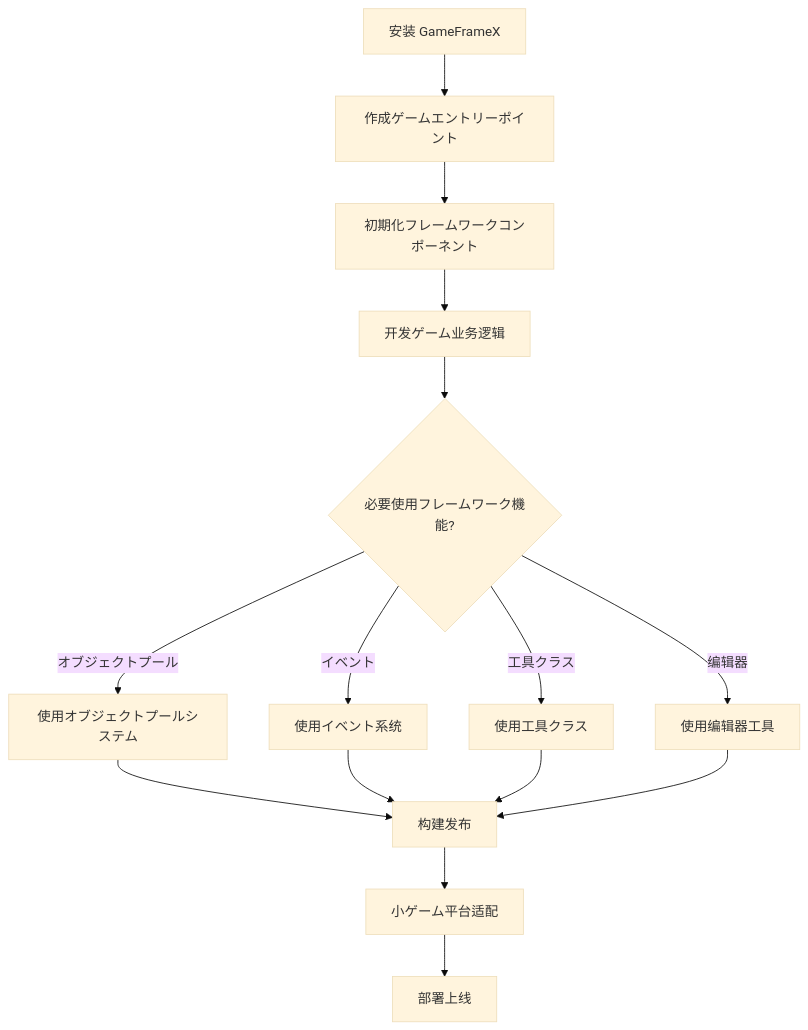
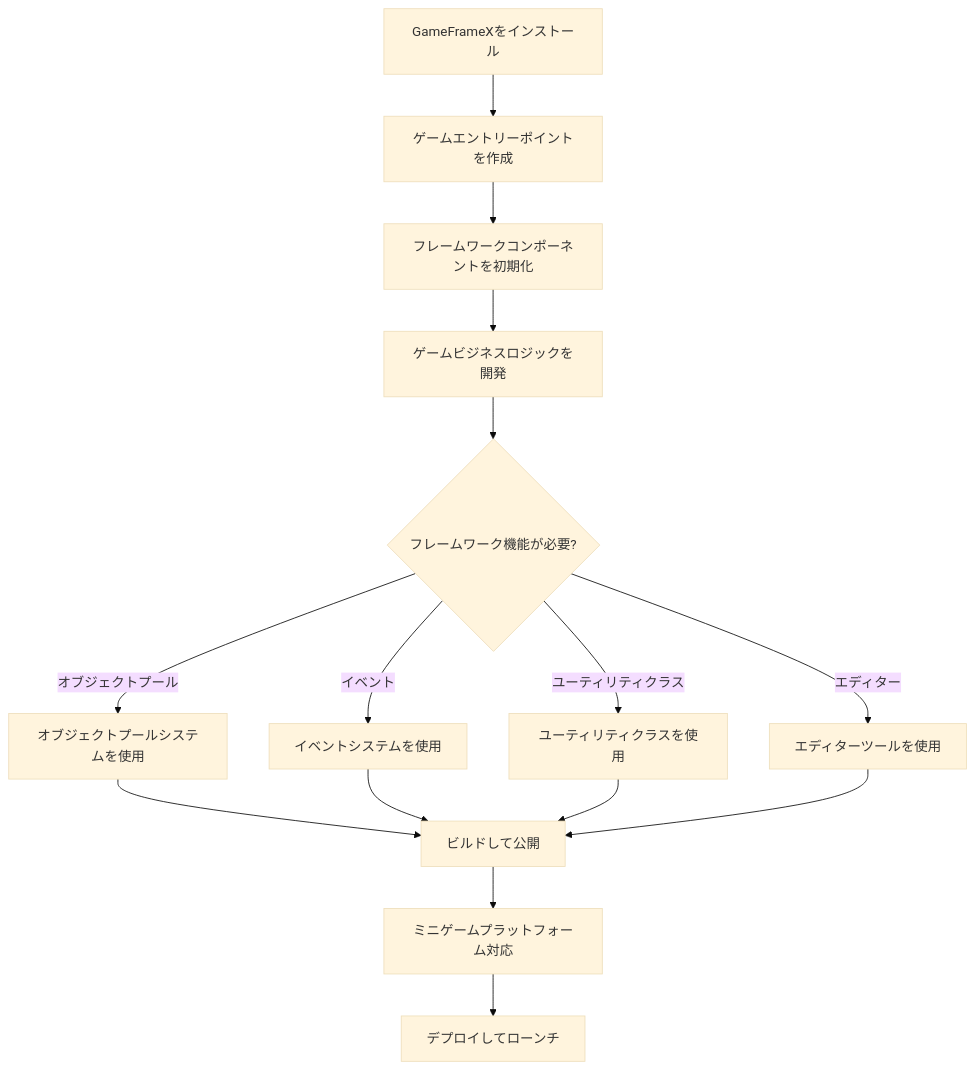
One commit to AlianBlank/GameFrameX.Docs changed the second of 3 diagrams in docs/ja/client/unity/component/core/03.getting-started.md. Above: the diagram before and after it, drawn with Mermaid (base theme). The commit also changed other lines of this file and 320 other files, not shown here.

````diff
--- a/docs/ja/client/unity/component/core/03.getting-started.md
+++ b/docs/ja/client/unity/component/core/03.getting-started.md
@@ -385,17 +385,17 @@
 ```mermaid
 flowchart TD
-    A[安装 GameFrameX] --> B[作成ゲームエントリーポイント]
-    B --> C[初期化フレームワークコンポーネント]
-    C --> D[开发ゲーム业务逻辑]
-    D --> E{必要使用フレームワーク機能?}
-    E -->|オブジェクトプール| F[使用オブジェクトプールシステム]
-    E -->|イベント| G[使用イベント系统]
-    E -->|工具クラス| H[使用工具クラス]
-    E -->|编辑器| I[使用编辑器工具]
-    F --> J[构建发布]
+    A[GameFrameXをインストール] --> B[ゲームエントリーポイントを作成]
+    B --> C[フレームワークコンポーネントを初期化]
+    C --> D[ゲームビジネスロジックを開発]
+    D --> E{フレームワーク機能が必要?}
+    E -->|オブジェクトプール| F[オブジェクトプールシステムを使用]
+    E -->|イベント| G[イベントシステムを使用]
+    E -->|ユーティリティクラス| H[ユーティリティクラスを使用]
+    E -->|エディター| I[エディターツールを使用]
+    F --> J[ビルドして公開]
     G --> J
     H --> J
     I --> J
-    J --> K[小ゲーム平台适配]
-    K --> L[部署上线]
+    J --> K[ミニゲームプラットフォーム対応]
+    K --> L[デプロイしてローンチ]
 ```
````
